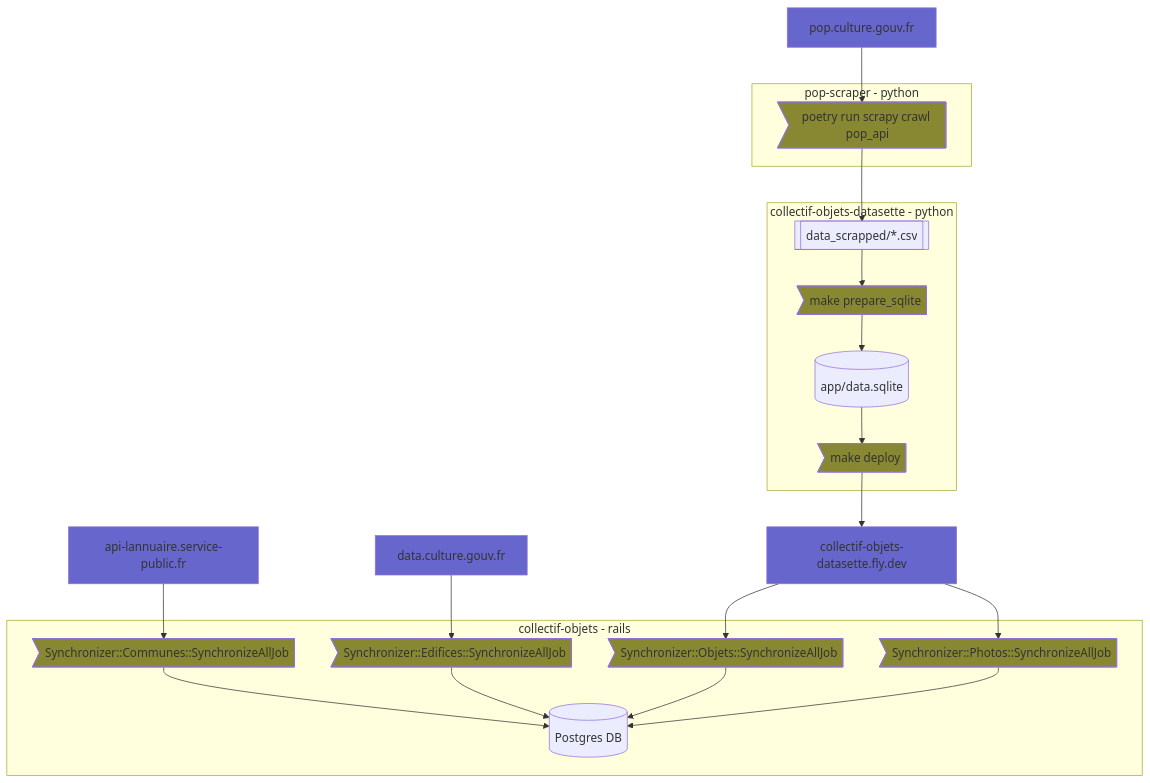
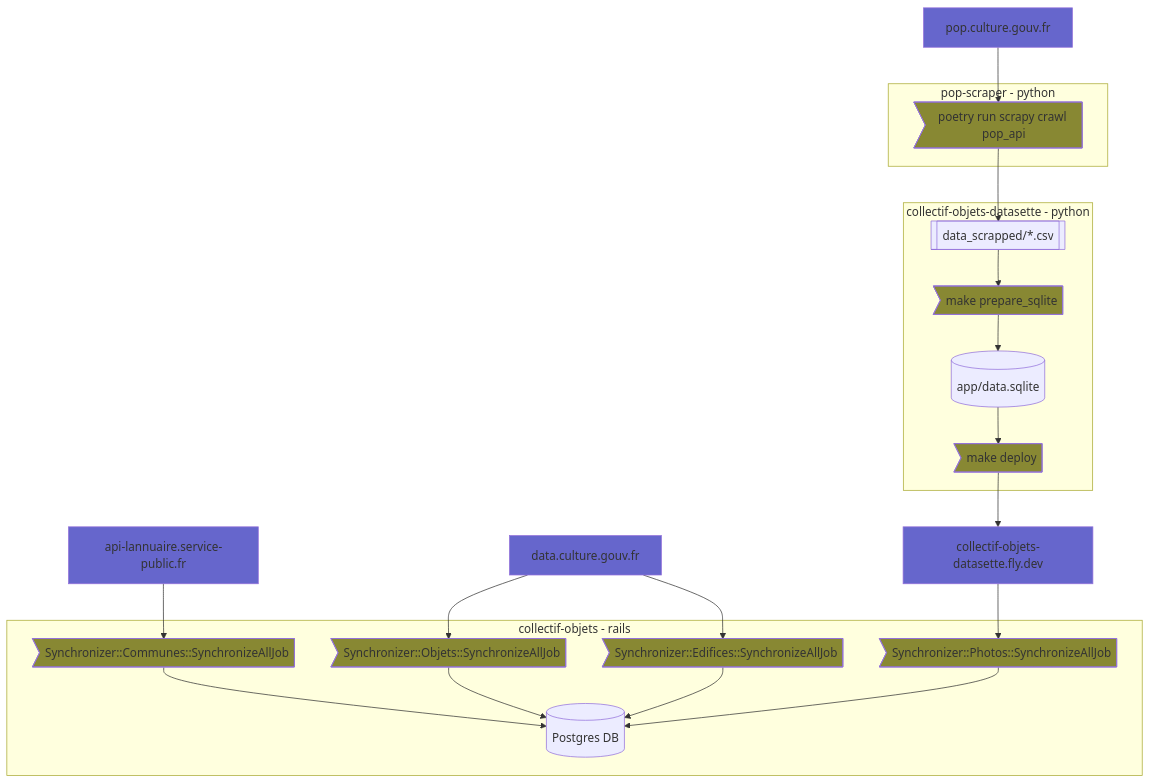
The third of 4 diagrams in README.md (betagouv/collectif-objets), drawn with Mermaid before and after one commit. The commit also changed 38 other files, not shown here.

Commit message:
refonte synchro objets : data.culture + refactos + logique edifices

````diff
--- a/README.md
+++ b/README.md
@@ -476,60 +476,61 @@
 ```mermaid
 flowchart TB
 
 api_service_public[api-lannuaire.service-public.fr]
 api_data_culture_gouv[data.culture.gouv.fr]
 pop[pop.culture.gouv.fr]
 fly[collectif-objets-datasette.fly.dev]
 
 
 subgraph scraper[pop-scraper - python]
   scraper_run>poetry run scrapy crawl pop_api]
 end
 
 subgraph datasette[collectif-objets-datasette - python]
   datasette_run_sqlite>make prepare_sqlite]
   datasette_run_deploy>make deploy]
   csvs[[data_scrapped/*.csv]]
   sqlite[(app/data.sqlite)]
 end
 
 subgraph rails[collectif-objets - rails]
   rails_run_edifices>Synchronizer::Edifices::SynchronizeAllJob]
   rails_run_objets>Synchronizer::Objets::SynchronizeAllJob]
   rails_run_communes>Synchronizer::Communes::SynchronizeAllJob]
   rails_run_photos>Synchronizer::Photos::SynchronizeAllJob]
   postgres[(Postgres DB)]
 end
 
 pop --> scraper_run
 scraper_run --> csvs
 
 csvs --> datasette_run_sqlite
 datasette_run_sqlite --> sqlite
 sqlite --> datasette_run_deploy
 datasette_run_deploy --> fly
-fly --> rails_run_objets
+
+api_data_culture_gouv --> rails_run_objets
 rails_run_objets --> postgres
 
 api_service_public --> rails_run_communes
 rails_run_communes --> postgres
 
 api_data_culture_gouv --> rails_run_edifices
 rails_run_edifices --> postgres
 
 fly --> rails_run_photos
 rails_run_photos --> postgres
 
 style pop fill:#6666cc
 style fly fill:#6666cc
 style api_service_public fill:#6666cc
 style api_data_culture_gouv fill:#6666cc
 
 style datasette_run_sqlite fill:#888833
 style datasette_run_deploy fill:#888833
 style rails_run_objets fill:#888833
 style rails_run_communes fill:#888833
 style rails_run_edifices fill:#888833
 style rails_run_photos fill:#888833
 style scraper_run fill:#888833
 ```
````
